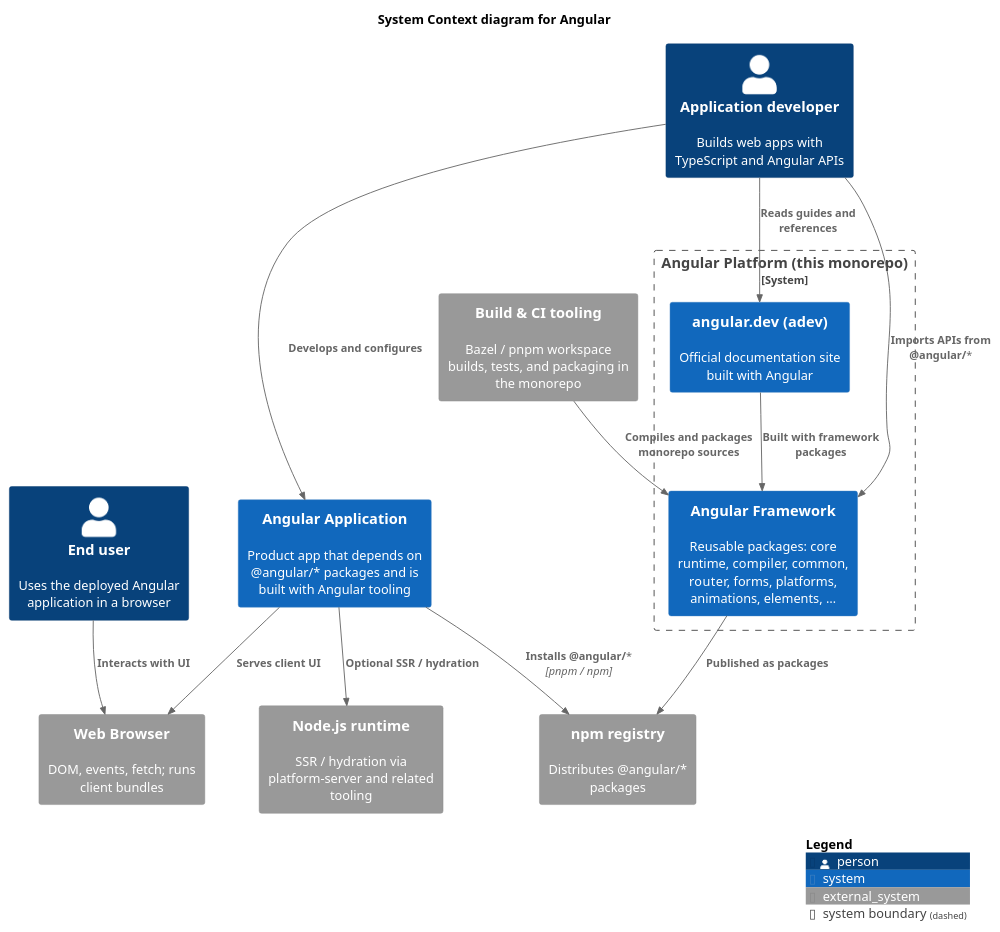
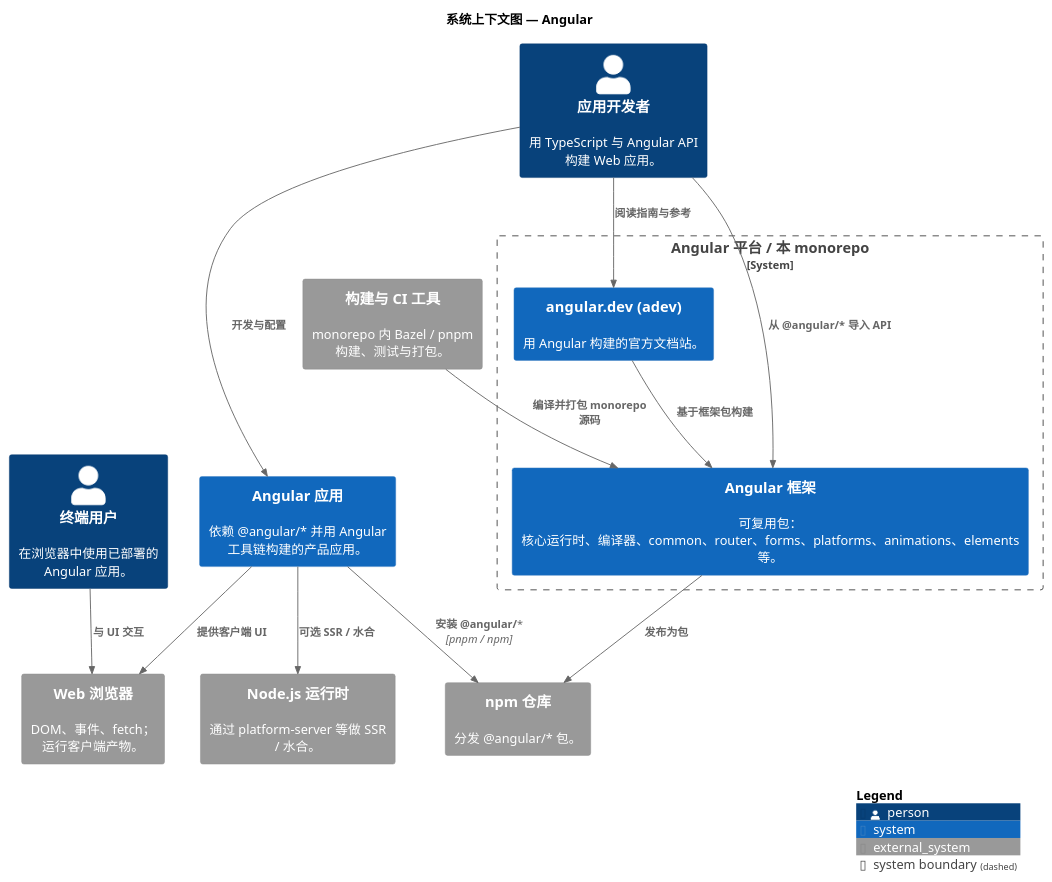
Before and after one commit to felixzhu97/community-docs: the diagram in angular/docs/c4-model/C1-SystemContext.puml, drawn with PlantUML. The commit also changed 30 other files, not shown here.

First line of the commit message:
docs: use Chinese prose in C4 diagrams (#5)

```diff
--- a/angular/docs/c4-model/C1-SystemContext.puml
+++ b/angular/docs/c4-model/C1-SystemContext.puml
@@ -1,32 +1,32 @@
 @startuml Angular_System_Context
 !include https://raw.githubusercontent.com/plantuml-stdlib/C4-PlantUML/master/C4_Context.puml
 
-title System Context diagram for Angular
+title 系统上下文图 — Angular
 
-Person(dev, "Application developer", "Builds web apps with TypeScript and Angular APIs")
-Person(endUser, "End user", "Uses the deployed Angular application in a browser")
+Person(dev, "应用开发者", "用 TypeScript 与 Angular API 构建 Web 应用。")
+Person(endUser, "终端用户", "在浏览器中使用已部署的 Angular 应用。")
 
-System_Boundary(angularPlatform, "Angular Platform (this monorepo)") {
-    System(angularFw, "Angular Framework", "Reusable packages: core runtime, compiler, common, router, forms, platforms, animations, elements, …")
-    System(adev, "angular.dev (adev)", "Official documentation site built with Angular")
+System_Boundary(angularPlatform, "Angular 平台 / 本 monorepo") {
+    System(angularFw, "Angular 框架", "可复用包：核心运行时、编译器、common、router、forms、platforms、animations、elements 等。")
+    System(adev, "angular.dev (adev)", "用 Angular 构建的官方文档站。")
 }
 
-System(app, "Angular Application", "Product app that depends on @angular/* packages and is built with Angular tooling")
-System_Ext(npm, "npm registry", "Distributes @angular/* packages")
-System_Ext(browser, "Web Browser", "DOM, events, fetch; runs client bundles")
-System_Ext(node, "Node.js runtime", "SSR / hydration via platform-server and related tooling")
-System_Ext(build, "Build & CI tooling", "Bazel / pnpm workspace builds, tests, and packaging in the monorepo")
+System(app, "Angular 应用", "依赖 @angular/* 并用 Angular 工具链构建的产品应用。")
+System_Ext(npm, "npm 仓库", "分发 @angular/* 包。")
+System_Ext(browser, "Web 浏览器", "DOM、事件、fetch；运行客户端产物。")
+System_Ext(node, "Node.js 运行时", "通过 platform-server 等做 SSR / 水合。")
+System_Ext(build, "构建与 CI 工具", "monorepo 内 Bazel / pnpm 构建、测试与打包。")
 
-Rel(dev, angularFw, "Imports APIs from @angular/*")
-Rel(dev, adev, "Reads guides and references")
-Rel(dev, app, "Develops and configures")
-Rel(angularFw, npm, "Published as packages")
-Rel(app, npm, "Installs @angular/*", "pnpm / npm")
-Rel(app, browser, "Serves client UI")
-Rel(app, node, "Optional SSR / hydration")
-Rel(endUser, browser, "Interacts with UI")
-Rel(build, angularFw, "Compiles and packages monorepo sources")
-Rel(adev, angularFw, "Built with framework packages")
+Rel(dev, angularFw, "从 @angular/* 导入 API")
+Rel(dev, adev, "阅读指南与参考")
+Rel(dev, app, "开发与配置")
+Rel(angularFw, npm, "发布为包")
+Rel(app, npm, "安装 @angular/*", "pnpm / npm")
+Rel(app, browser, "提供客户端 UI")
+Rel(app, node, "可选 SSR / 水合")
+Rel(endUser, browser, "与 UI 交互")
+Rel(build, angularFw, "编译并打包 monorepo 源码")
+Rel(adev, angularFw, "基于框架包构建")
 
 SHOW_LEGEND()
 @enduml
```
